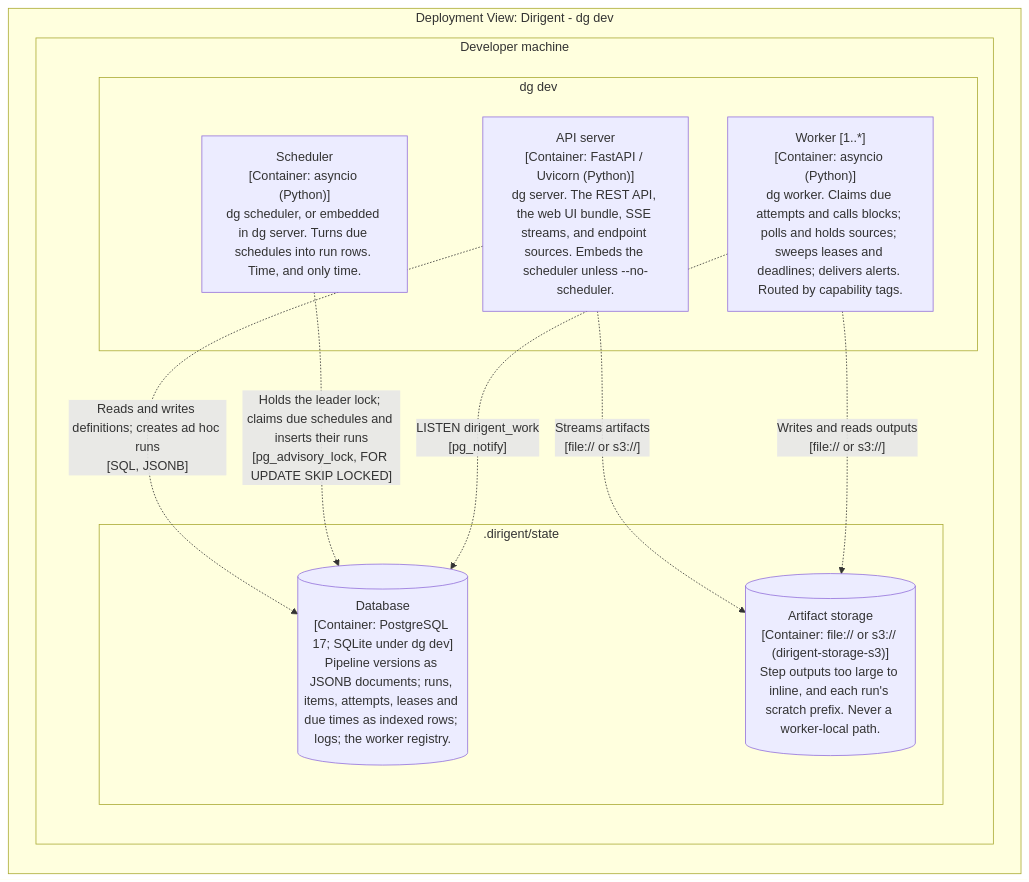
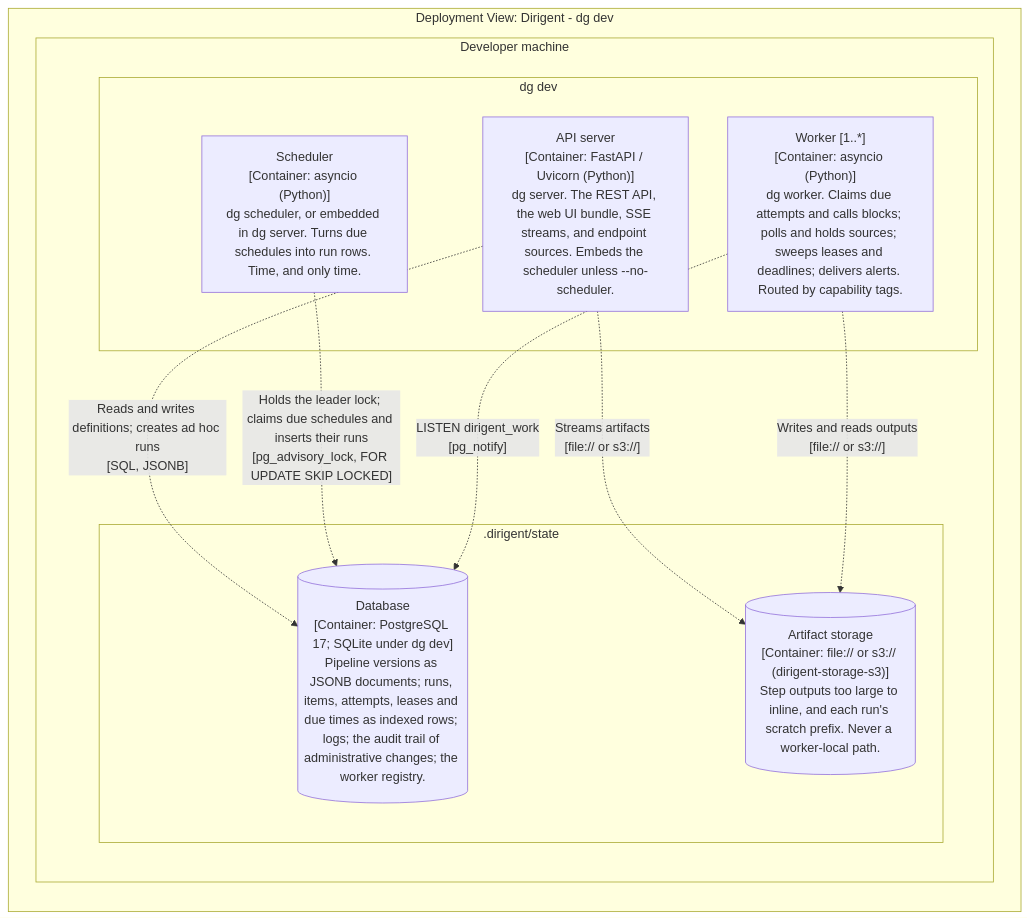
Before and after one commit to winterop-com/dirigent: the ninth of 9 diagrams in docs/architecture-model.md, drawn with Mermaid. The commit also changed other lines of this file and 86 other files, not shown here.

First line of the commit message:
feat: an audit trail of every administrative change, dg dev logs at INFO to a file, and an attempt id leads to its run (#516)

````diff
--- a/docs/architecture-model.md
+++ b/docs/architecture-model.md
@@ -369,30 +369,30 @@
 ```mermaid
 graph LR
 
   subgraph diagram ["Deployment View: Dirigent - dg dev"]
 
     subgraph 177 ["Developer machine"]
 
       subgraph 178 ["dg dev"]
 
         179["API server<br/>[Container: FastAPI / Uvicorn (Python)]<br/>dg server. The REST API, the web UI bundle, SSE streams, and endpoint sources. Embeds the scheduler unless --no-scheduler."]
         180["Scheduler<br/>[Container: asyncio (Python)]<br/>dg scheduler, or embedded in dg server. Turns due schedules into run rows. Time, and only time."]
         181["Worker [1..*]<br/>[Container: asyncio (Python)]<br/>dg worker. Claims due attempts and calls blocks; polls and holds sources; sweeps leases and deadlines; delivers alerts. Routed by capability tags."]
       end
 
       subgraph 182 [".dirigent/state"]
 
-        183[("Database<br/>[Container: PostgreSQL 17; SQLite under dg dev]<br/>Pipeline versions as JSONB documents; runs, items, attempts, leases and due times as indexed rows; logs; the worker registry.")]
+        183[("Database<br/>[Container: PostgreSQL 17; SQLite under dg dev]<br/>Pipeline versions as JSONB documents; runs, items, attempts, leases and due times as indexed rows; logs; the audit trail of administrative changes; the worker registry.")]
         187[("Artifact storage<br/>[Container: file:// or s3:// (dirigent-storage-s3)]<br/>Step outputs too large to inline, and each run's scratch prefix. Never a worker-local path.")]
       end
 
     end
 
     179-. "Reads and writes definitions; creates ad hoc runs<br/>[SQL, JSONB]" .->183
     180-. "Holds the leader lock; claims due schedules and inserts their runs<br/>[pg_advisory_lock, FOR UPDATE SKIP LOCKED]" .->183
     181-. "LISTEN dirigent_work<br/>[pg_notify]" .->183
     179-. "Streams artifacts<br/>[file:// or s3://]" .->187
     181-. "Writes and reads outputs<br/>[file:// or s3://]" .->187
 
   end
 ```
````
